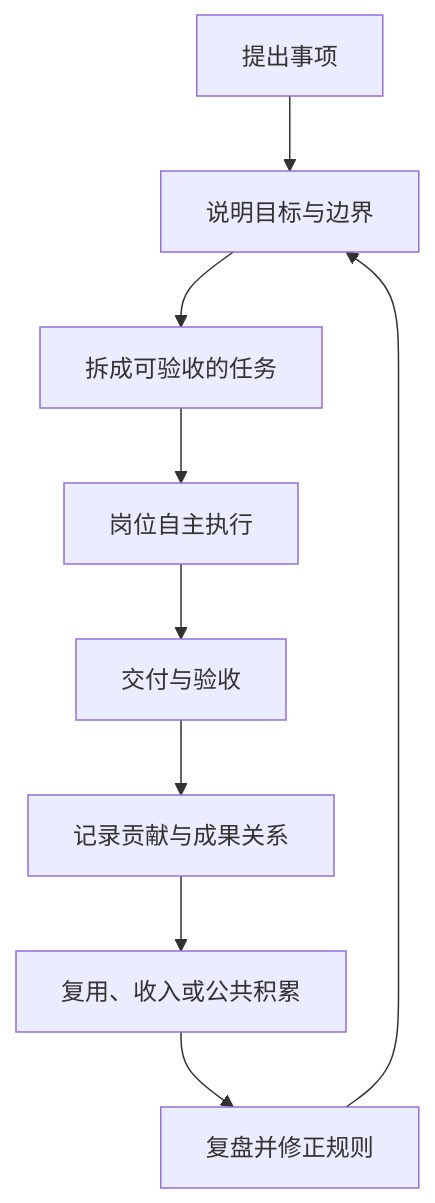
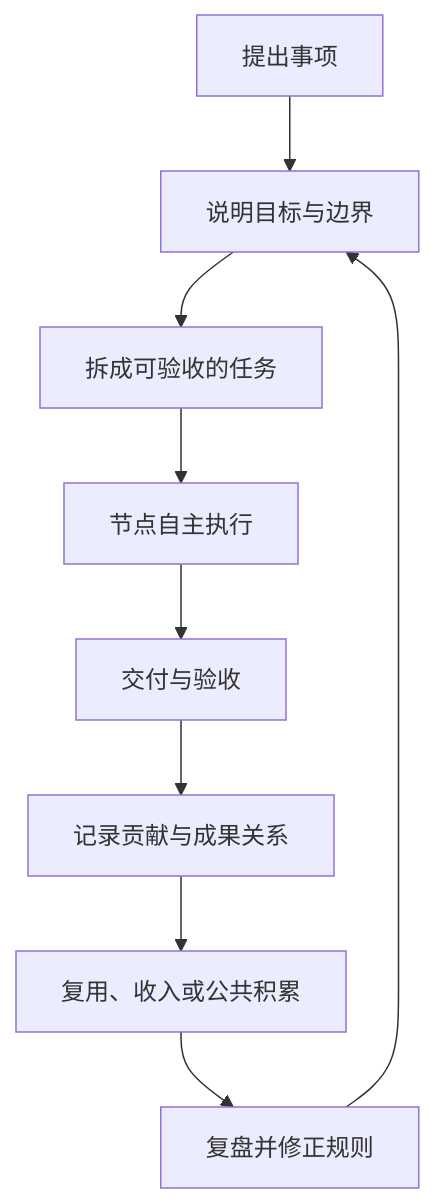
One commit to kaki2021/co-creation-framework changed the diagram in docs/01-整体框架.md. Above: the diagram before and after it, drawn with Mermaid. The commit also changed 12 other files, not shown here.

````diff
--- a/docs/01-整体框架.md
+++ b/docs/01-整体框架.md
@@ -31,11 +31,11 @@
 ```mermaid
 flowchart TD
     A[提出事项] --> B[说明目标与边界]
     B --> C[拆成可验收的任务]
-    C --> D[岗位自主执行]
+    C --> D[节点自主执行]
     D --> E[交付与验收]
     E --> F[记录贡献与成果关系]
     F --> G[复用、收入或公共积累]
     G --> H[复盘并修正规则]
     H --> B
 ```
````
